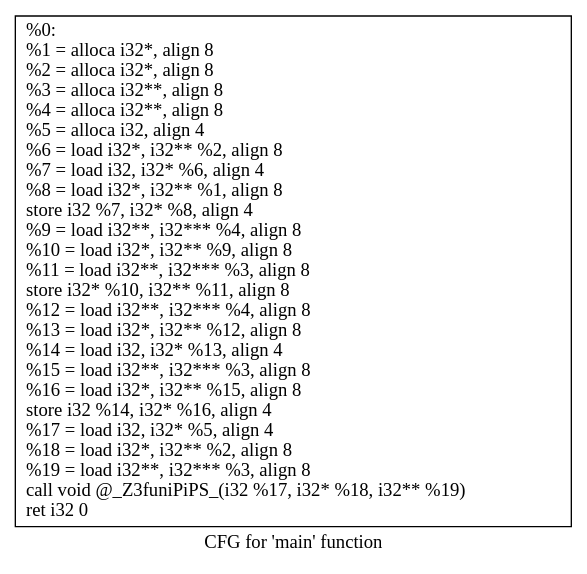
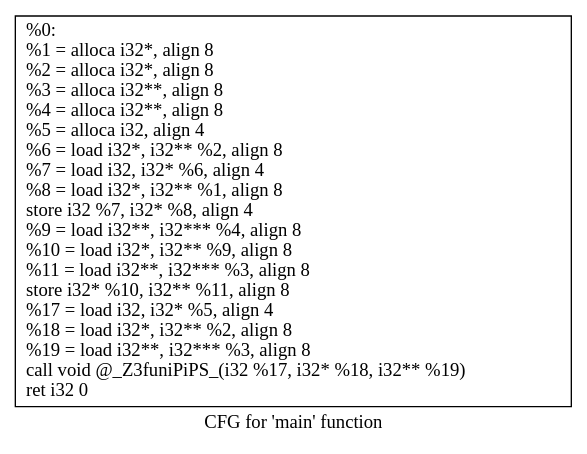
Before and after one commit to zyy0721/Ouroboros-Project: the diagram in cfg.easymain.dot, drawn with Graphviz. The commit also changed 8 other files, not shown here.

```diff
--- a/cfg.easymain.dot
+++ b/cfg.easymain.dot
@@ -1,5 +1,5 @@
 digraph "CFG for 'main' function" {
 	label="CFG for 'main' function";
 
-	Node0x3d12bd0 [shape=record,label="{%0:\l  %1 = alloca i32*, align 8\l  %2 = alloca i32*, align 8\l  %3 = alloca i32**, align 8\l  %4 = alloca i32**, align 8\l  %5 = alloca i32, align 4\l  %6 = load i32*, i32** %2, align 8\l  %7 = load i32, i32* %6, align 4\l  %8 = load i32*, i32** %1, align 8\l  store i32 %7, i32* %8, align 4\l  %9 = load i32**, i32*** %4, align 8\l  %10 = load i32*, i32** %9, align 8\l  %11 = load i32**, i32*** %3, align 8\l  store i32* %10, i32** %11, align 8\l  %12 = load i32**, i32*** %4, align 8\l  %13 = load i32*, i32** %12, align 8\l  %14 = load i32, i32* %13, align 4\l  %15 = load i32**, i32*** %3, align 8\l  %16 = load i32*, i32** %15, align 8\l  store i32 %14, i32* %16, align 4\l  %17 = load i32, i32* %5, align 4\l  %18 = load i32*, i32** %2, align 8\l  %19 = load i32**, i32*** %3, align 8\l  call void @_Z3funiPiPS_(i32 %17, i32* %18, i32** %19)\l  ret i32 0\l}"];
+	Node0x3d12bd0 [shape=record,label="{%0:\l  %1 = alloca i32*, align 8\l  %2 = alloca i32*, align 8\l  %3 = alloca i32**, align 8\l  %4 = alloca i32**, align 8\l  %5 = alloca i32, align 4\l  %6 = load i32*, i32** %2, align 8\l  %7 = load i32, i32* %6, align 4\l  %8 = load i32*, i32** %1, align 8\l  store i32 %7, i32* %8, align 4\l  %9 = load i32**, i32*** %4, align 8\l  %10 = load i32*, i32** %9, align 8\l  %11 = load i32**, i32*** %3, align 8\l  store i32* %10, i32** %11, align 8\l  %17 = load i32, i32* %5, align 4\l  %18 = load i32*, i32** %2, align 8\l  %19 = load i32**, i32*** %3, align 8\l  call void @_Z3funiPiPS_(i32 %17, i32* %18, i32** %19)\l  ret i32 0\l}"];
 }
```
